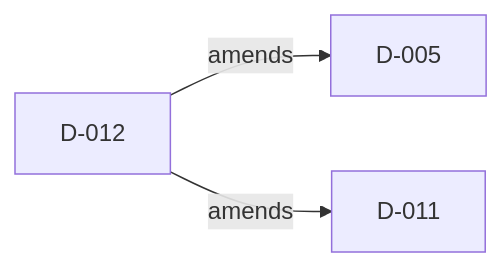
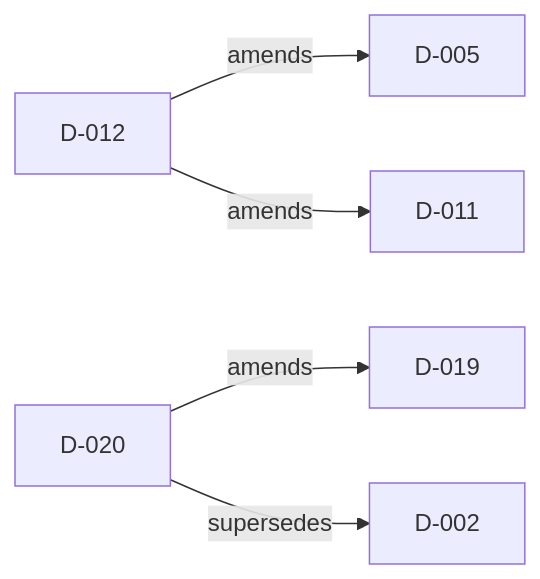
Before and after one commit to doka-labs/Doka.EntityFrameworkCore.NestedSet: the diagram in docs/decisions/README.md, drawn with Mermaid. The commit also changed other lines of this file and 194 other files, not shown here.

````diff
--- a/docs/decisions/README.md
+++ b/docs/decisions/README.md
@@ -37,5 +40,7 @@
 ```mermaid
 flowchart LR
     D_012["D-012"] -->|amends| D_005["D-005"]
     D_012["D-012"] -->|amends| D_011["D-011"]
+    D_020["D-020"] -->|amends| D_019["D-019"]
+    D_020["D-020"] -->|supersedes| D_002["D-002"]
 ```
````
